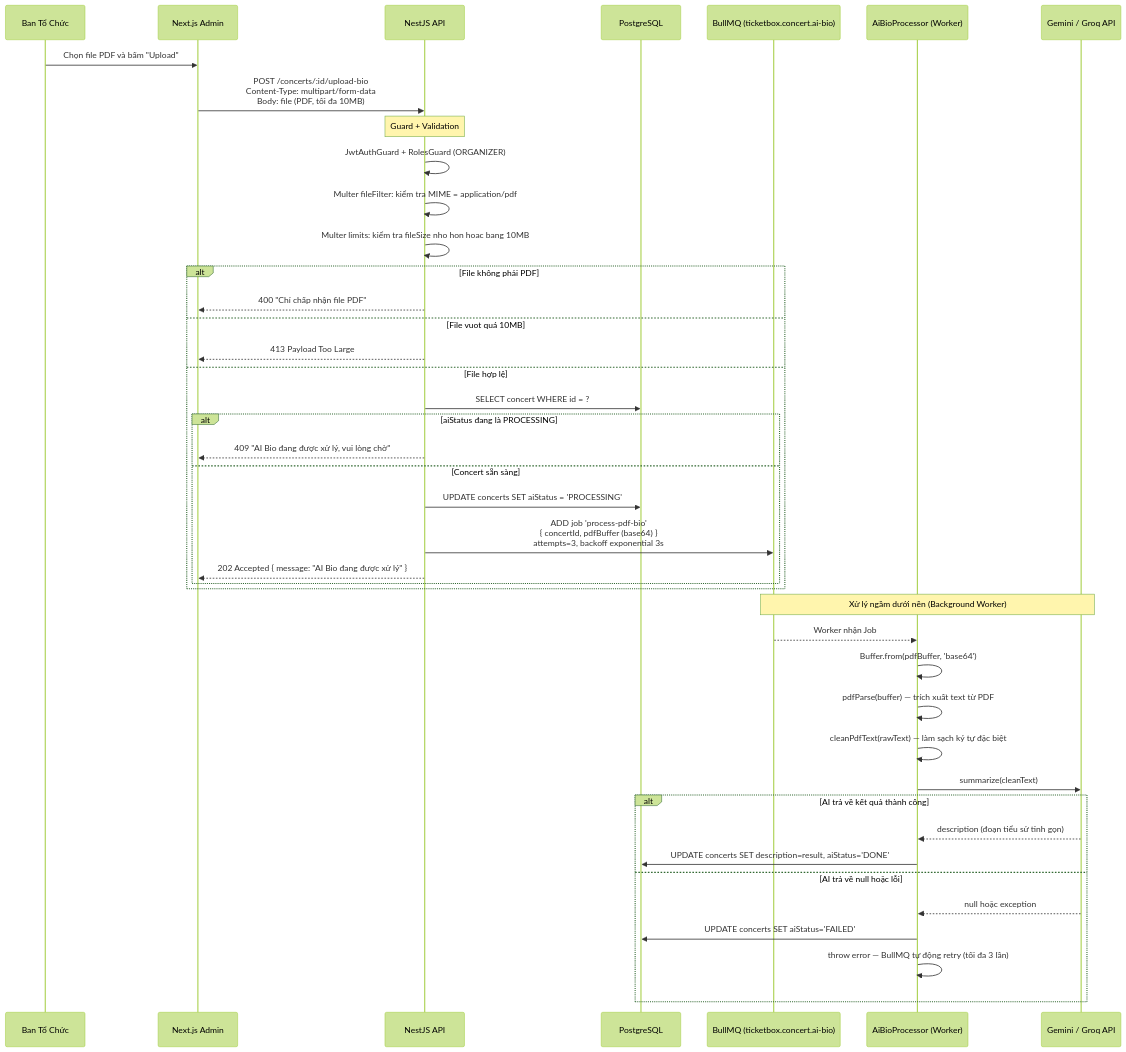
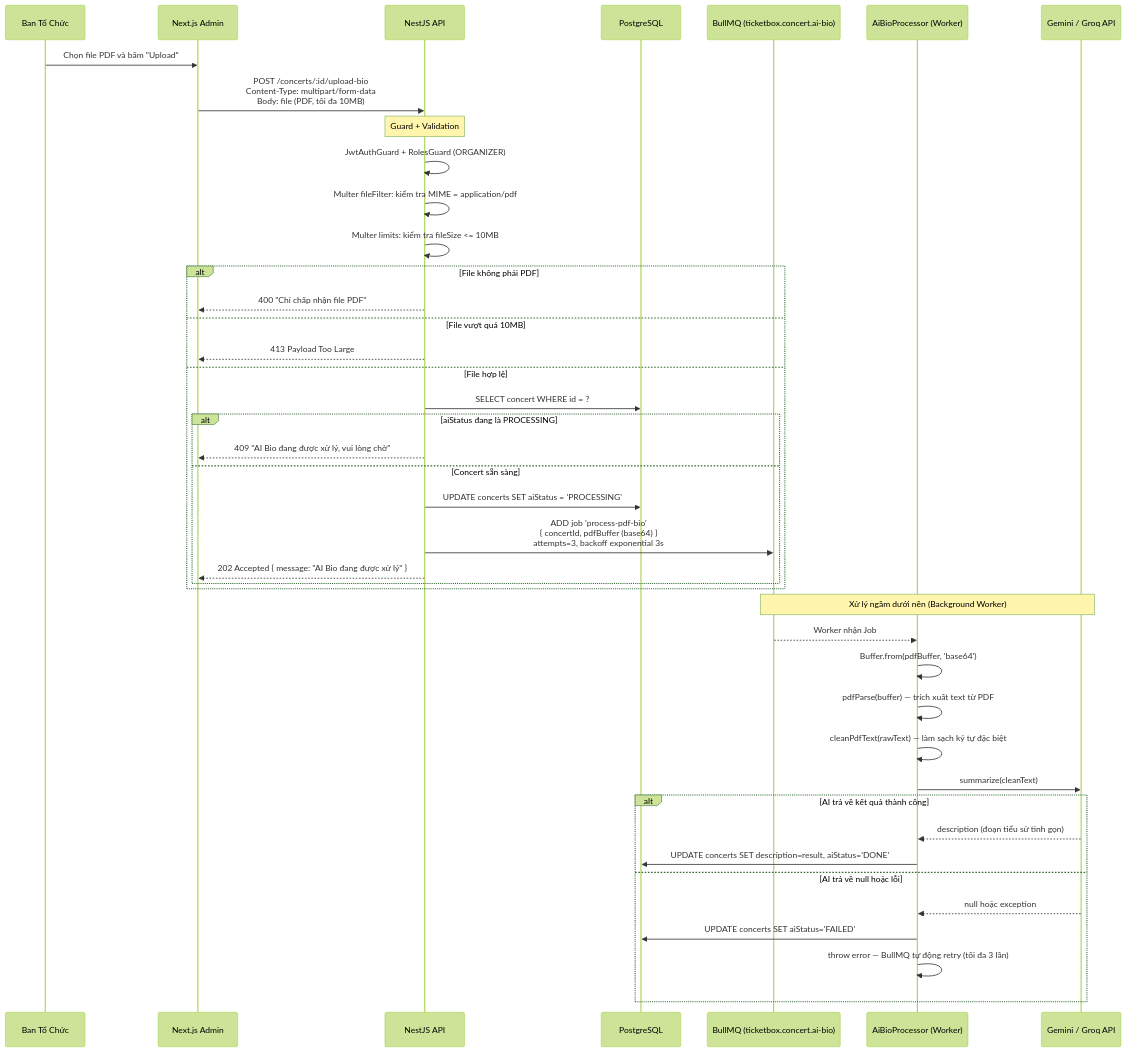
One commit to dorayakiiiiz/ticket-box changed the third of 9 diagrams in blueprint/specs/concert.md. Above: the diagram before and after it, drawn with Mermaid (forest theme). The commit also changed other lines of this file and 3 other files, not shown here.

````diff
--- a/blueprint/specs/concert.md
+++ b/blueprint/specs/concert.md
@@ -138,49 +107,49 @@
 ```mermaid
 sequenceDiagram
     participant U as Ban Tổ Chức
     participant FE as Next.js Admin
     participant BE as NestJS API
     participant DB as PostgreSQL
     participant Q as BullMQ (ticketbox.concert.ai-bio)
     participant W as AiBioProcessor (Worker)
     participant AI as Gemini / Groq API
 
     U->>FE: Chọn file PDF và bấm "Upload"
     FE->>BE: POST /concerts/:id/upload-bio<br/>Content-Type: multipart/form-data<br/>Body: file (PDF, tối đa 10MB)
 
     Note over BE: Guard + Validation
     BE->>BE: JwtAuthGuard + RolesGuard (ORGANIZER)
     BE->>BE: Multer fileFilter: kiểm tra MIME = application/pdf
-    BE->>BE: Multer limits: kiểm tra fileSize nho hon hoac bang 10MB
+    BE->>BE: Multer limits: kiểm tra fileSize <= 10MB
 
     alt File không phải PDF
         BE-->>FE: 400 "Chỉ chấp nhận file PDF"
-    else File vuot quá 10MB
+    else File vượt quá 10MB
         BE-->>FE: 413 Payload Too Large
     else File hợp lệ
         BE->>DB: SELECT concert WHERE id = ?
         alt aiStatus đang là PROCESSING
             BE-->>FE: 409 "AI Bio đang được xử lý, vui lòng chờ"
         else Concert sẵn sàng
             BE->>DB: UPDATE concerts SET aiStatus = 'PROCESSING'
             BE->>Q: ADD job 'process-pdf-bio'<br/>{ concertId, pdfBuffer (base64) }<br/>attempts=3, backoff exponential 3s
             BE-->>FE: 202 Accepted { message: "AI Bio đang được xử lý" }
         end
     end
 
     Note over Q,AI: Xử lý ngầm dưới nền (Background Worker)
     Q-->>W: Worker nhận Job
     W->>W: Buffer.from(pdfBuffer, 'base64')
     W->>W: pdfParse(buffer) — trích xuất text từ PDF
     W->>W: cleanPdfText(rawText) — làm sạch ký tự đặc biệt
     W->>AI: summarize(cleanText)
 
     alt AI trả về kết quả thành công
         AI-->>W: description (đoạn tiểu sử tinh gọn)
         W->>DB: UPDATE concerts SET description=result, aiStatus='DONE'
     else AI trả về null hoặc lỗi
         AI-->>W: null hoặc exception
         W->>DB: UPDATE concerts SET aiStatus='FAILED'
         W->>W: throw error — BullMQ tự động retry (tối đa 3 lần)
     end
 ```
````
